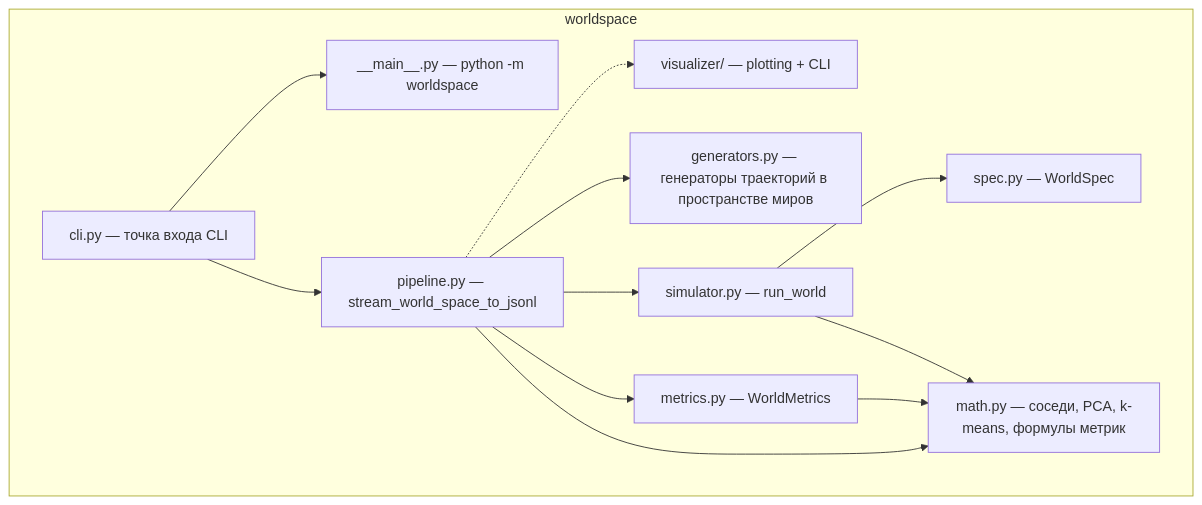
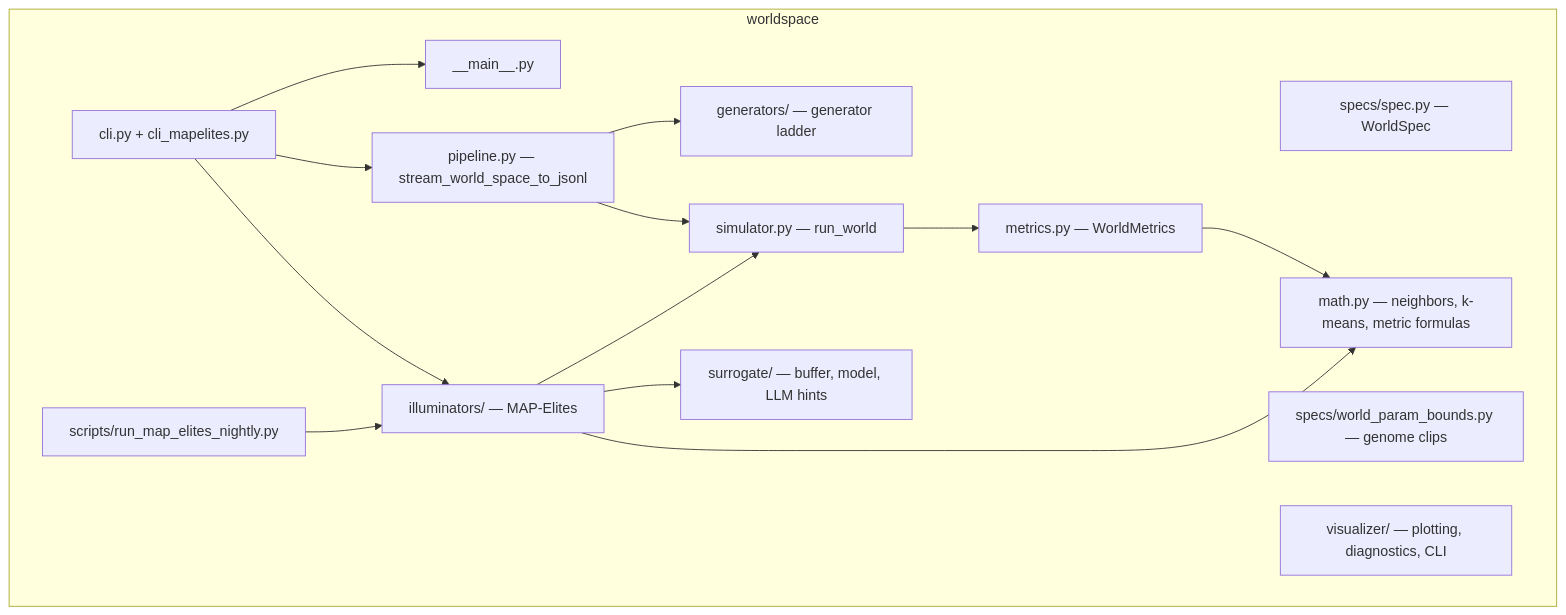
The second of 8 diagrams in docs/WORLDSPACE.md (Starovoitov/LifeManifold), drawn with Mermaid before and after one commit. The commit also changed other lines of this file and 4 other files, not shown here.

First line of the commit message:
Add MAP-Elites documentation and update references

````diff
--- a/docs/WORLDSPACE.md
+++ b/docs/WORLDSPACE.md
@@ -49,24 +49,29 @@
 ```mermaid
 flowchart TB
   subgraph pkg["worldspace"]
-    spec["spec.py — WorldSpec"]
-    gen["generators.py — генераторы траекторий в пространстве миров"]
-    wmath["math.py — соседи, PCA, k-means, формулы метрик"]
+    spec["specs/spec.py — WorldSpec"]
+    bounds["specs/world_param_bounds.py — genome clips"]
+    gen["generators/ — generator ladder"]
+    wmath["math.py — neighbors, k-means, metric formulas"]
     sim["simulator.py — run_world"]
     met["metrics.py — WorldMetrics"]
     pipe["pipeline.py — stream_world_space_to_jsonl"]
-    viz["visualizer/ — plotting + CLI"]
-    cli["cli.py — точка входа CLI"]
-    main["__main__.py — python -m worldspace"]
+    ill["illuminators/ — MAP-Elites"]
+    sur["surrogate/ — buffer, model, LLM hints"]
+    viz["visualizer/ — plotting, diagnostics, CLI"]
+    cli["cli.py + cli_mapelites.py"]
+    main["__main__.py"]
+    nightly["scripts/run_map_elites_nightly.py"]
   end
   cli --> main
   cli --> pipe
-  pipe -.-> viz
+  cli --> ill
+  ill --> sim
+  ill --> sur
   pipe --> gen
   pipe --> sim
-  pipe --> met
-  sim --> wmath
+  sim --> met
   met --> wmath
-  pipe --> wmath
-  sim --> spec
+  ill --> wmath
+  nightly --> ill
 ```
````
